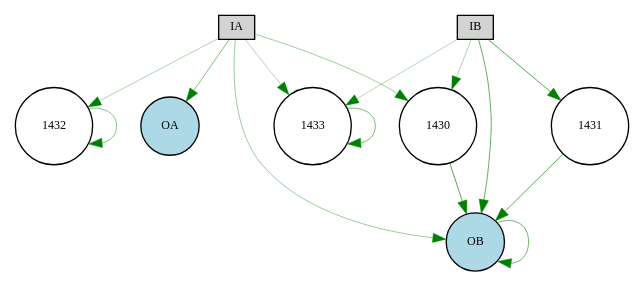
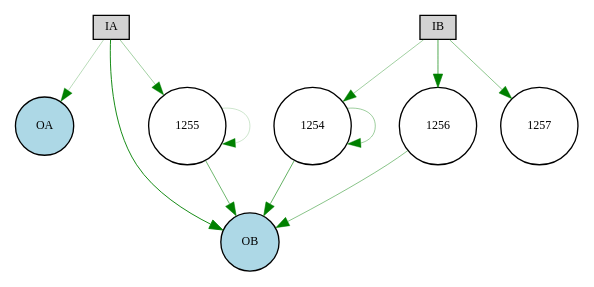
Before and after one commit to danxan/neuromorphic-evolution: the diagram in source/discrete_experiment/Digraph.gv, drawn with Graphviz. The commit also changed 5 other files, not shown here.

```diff
--- a/source/discrete_experiment/Digraph.gv
+++ b/source/discrete_experiment/Digraph.gv
@@ -1,23 +1,21 @@
 digraph {
 	node [fontsize=9 height=0.2 shape=circle width=0.2]
 	IA [fillcolor=lightgray shape=box style=filled]
 	IB [fillcolor=lightgray shape=box style=filled]
 	OA [fillcolor=lightblue style=filled]
 	OB [fillcolor=lightblue style=filled]
-	1431 [fillcolor=white style=filled]
-	1430 [fillcolor=white style=filled]
-	IA -> 1430 [color=green penwidth=0.297871894859743 style=solid]
-	IA -> 1432 [color=green penwidth=0.24529920151563972 style=solid]
-	IA -> 1433 [color=green penwidth=0.2364399069641456 style=solid]
-	IB -> 1430 [color=green penwidth=0.2578990300340386 style=solid]
-	IB -> 1431 [color=green penwidth=0.512797860132284 style=solid]
-	IB -> 1433 [color=green penwidth=0.23163330573841226 style=solid]
-	1430 -> OB [color=green penwidth=0.5038317375774538 style=solid]
-	1431 -> OB [color=green penwidth=0.5001680609931103 style=solid]
-	IA -> OA [color=green penwidth=0.37816875853125453 style=solid]
-	IA -> OB [color=green penwidth=0.3023175041093745 style=solid]
-	IB -> OB [color=green penwidth=0.4661540646748079 style=solid]
-	OB -> OB [color=green penwidth=0.4196806933718581 style=solid]
-	1432 -> 1432 [color=green penwidth=0.3591316433338583 style=solid]
-	1433 -> 1433 [color=green penwidth=0.40285009330204224 style=solid]
+	1254 [fillcolor=white style=filled]
+	1255 [fillcolor=white style=filled]
+	1256 [fillcolor=white style=filled]
+	IA -> 1255 [color=green penwidth=0.27897446278388704 style=solid]
+	IB -> 1254 [color=green penwidth=0.2839791463018482 style=solid]
+	IB -> 1256 [color=green penwidth=0.5122298526161548 style=solid]
+	IB -> 1257 [color=green penwidth=0.3431659599309759 style=solid]
+	1254 -> OB [color=green penwidth=0.46248875246965493 style=solid]
+	1255 -> OB [color=green penwidth=0.431298898624457 style=solid]
+	1256 -> OB [color=green penwidth=0.351116833286675 style=solid]
+	IA -> OA [color=green penwidth=0.2072839194388153 style=solid]
+	IA -> OB [color=green penwidth=0.6806177834547356 style=solid]
+	1254 -> 1254 [color=green penwidth=0.29064864659703493 style=solid]
+	1255 -> 1255 [color=green penwidth=0.1510362422082867 style=solid]
 }
```
